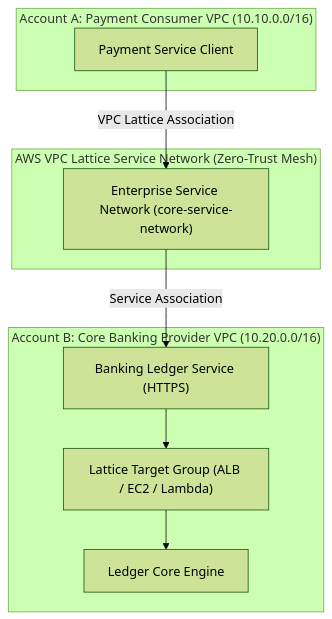
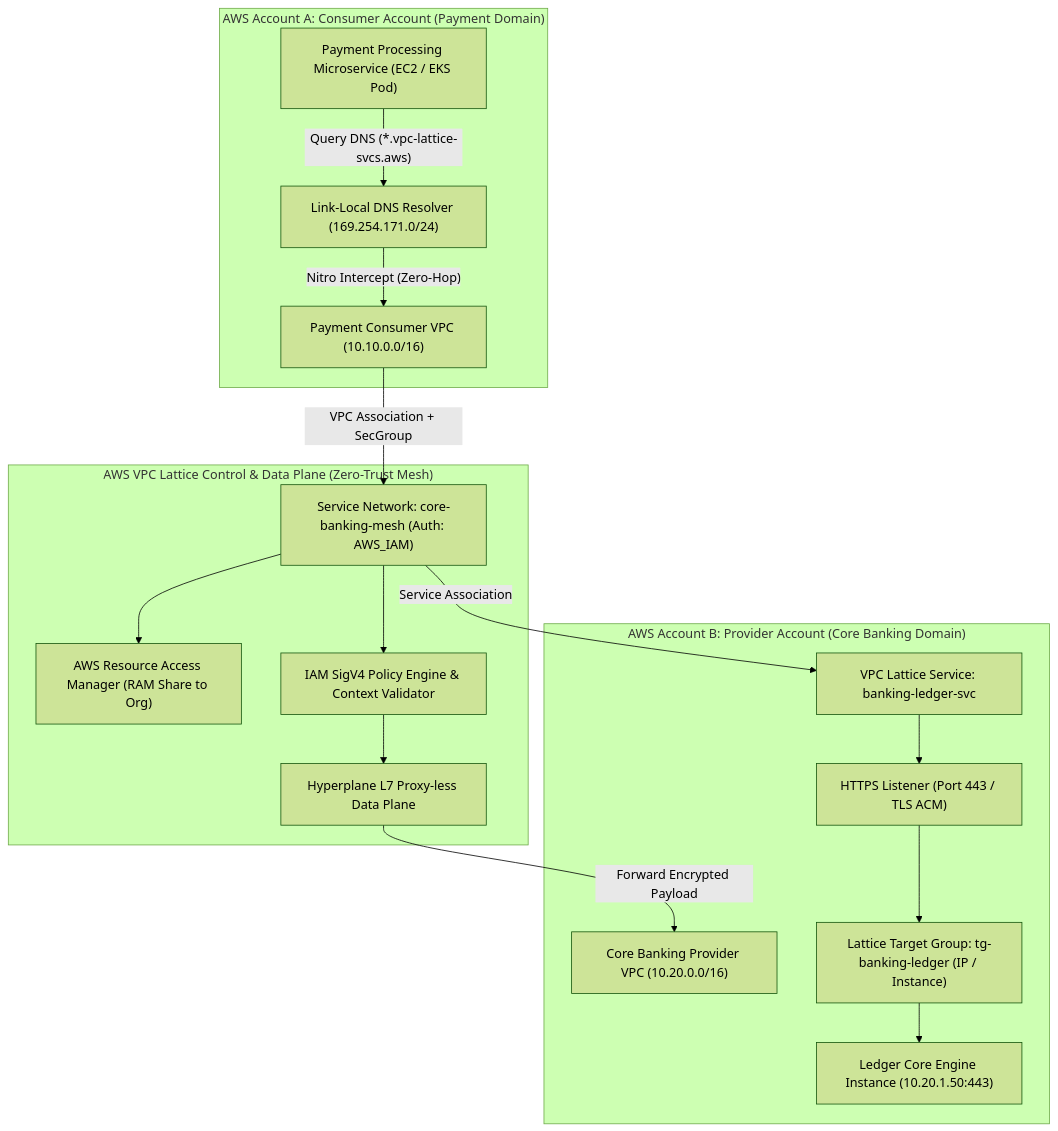
Before and after one commit to robertusnegoro/cloud-network-learning-materials: the diagram in docs/labs/06-vpc-lattice-microservices.md, drawn with Mermaid (forest theme). The commit also changed other lines of this file and 7 other files, not shown here.

````diff
--- a/docs/labs/06-vpc-lattice-microservices.md
+++ b/docs/labs/06-vpc-lattice-microservices.md
@@ -16,16 +18,37 @@
 ```mermaid
 graph TD
-    subgraph ServiceNetwork["AWS VPC Lattice Service Network (Zero-Trust Mesh)"]
-        SN["Enterprise Service Network (core-service-network)"]
+    subgraph AccountConsumer["AWS Account A: Consumer Account (Payment Domain)"]
+        ConsumerVPC["Payment Consumer VPC (10.10.0.0/16)"]
+        ConsumerApp["Payment Processing Microservice (EC2 / EKS Pod)"]
+        LatticeLinkLocal["Link-Local DNS Resolver (169.254.171.0/24)"]
+        ConsumerApp -->|"Query DNS (*.vpc-lattice-svcs.aws)"| LatticeLinkLocal
+        LatticeLinkLocal -->|"Nitro Intercept (Zero-Hop)"| ConsumerVPC
     end
 
-    subgraph ConsumerVPC["Account A: Payment Consumer VPC (10.10.0.0/16)"]
-        ConsumerEC2["Payment Service Client"] -->|"VPC Lattice Association"| SN
+    subgraph LatticeFabric["AWS VPC Lattice Control & Data Plane (Zero-Trust Mesh)"]
+        ServiceNetwork["Service Network: core-banking-mesh (Auth: AWS_IAM)"]
+        RAMShare["AWS Resource Access Manager (RAM Share to Org)"]
+        AuthEngine["IAM SigV4 Policy Engine & Context Validator"]
+        HyperplaneLattice["Hyperplane L7 Proxy-less Data Plane"]
+        
+        ServiceNetwork --> RAMShare
+        ServiceNetwork --> AuthEngine
+        AuthEngine --> HyperplaneLattice
     end
 
-    subgraph ProviderVPC["Account B: Core Banking Provider VPC (10.20.0.0/16)"]
-        SN -->|"Service Association"| LatticeService["Banking Ledger Service (HTTPS)"]
-        LatticeService --> TargetGroup["Lattice Target Group (ALB / EC2 / Lambda)"]
-        TargetGroup --> LedgerApp["Ledger Core Engine"]
+    subgraph AccountProvider["AWS Account B: Provider Account (Core Banking Domain)"]
+        ProviderVPC["Core Banking Provider VPC (10.20.0.0/16)"]
+        LatticeService["VPC Lattice Service: banking-ledger-svc"]
+        HTTPSListener["HTTPS Listener (Port 443 / TLS ACM)"]
+        TargetGroup["Lattice Target Group: tg-banking-ledger (IP / Instance)"]
+        BackendLedger["Ledger Core Engine Instance (10.20.1.50:443)"]
+
+        LatticeService --> HTTPSListener
+        HTTPSListener --> TargetGroup
+        TargetGroup --> BackendLedger
     end
+
+    ConsumerVPC -->|"VPC Association + SecGroup"| ServiceNetwork
+    ServiceNetwork -->|"Service Association"| LatticeService
+    HyperplaneLattice -->|"Forward Encrypted Payload"| ProviderVPC
 ```
````
